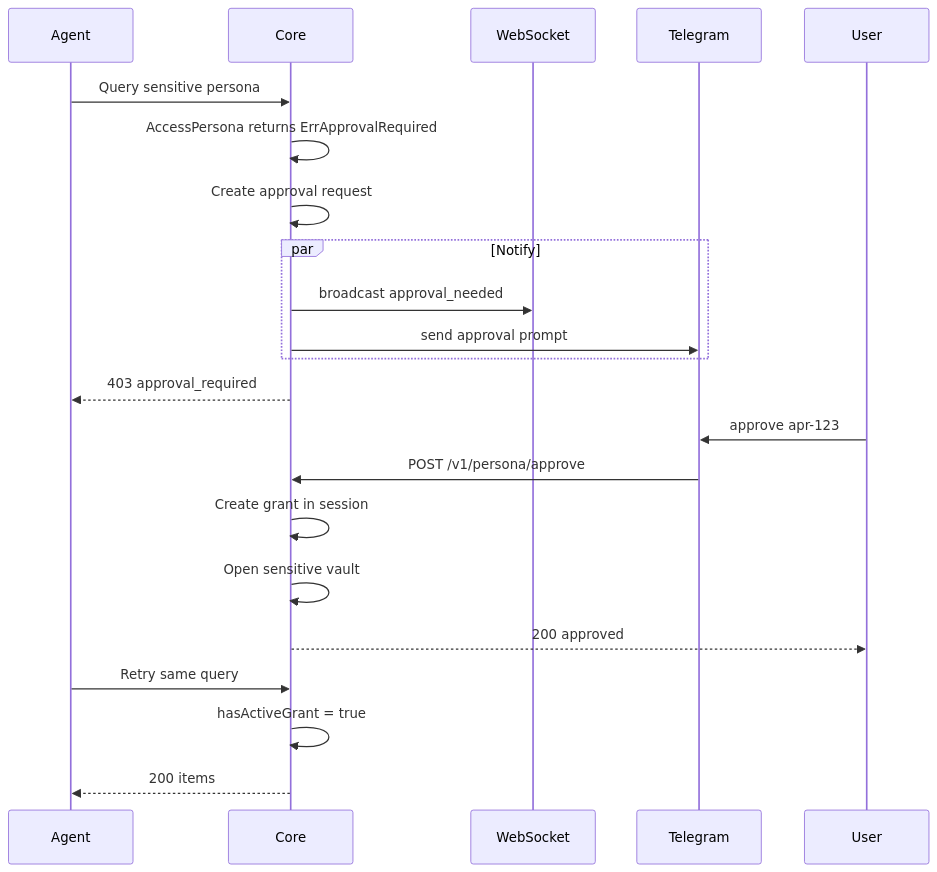
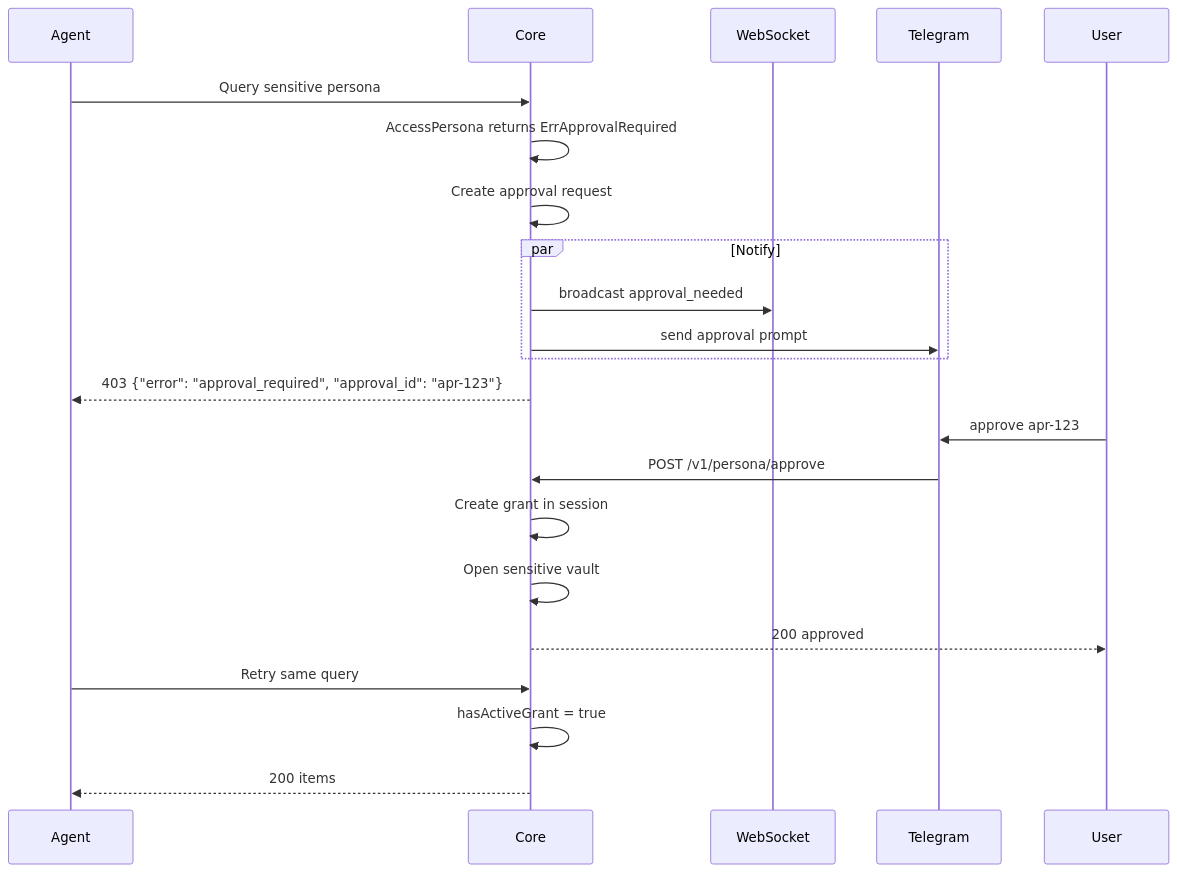
The fourth of 14 diagrams in docs/FLOW_DIAGRAMS.md (rajmohanutopai/dina), drawn with Mermaid before and after one commit. The commit also changed other lines of this file and 8 other files, not shown here.

````diff
--- a/docs/FLOW_DIAGRAMS.md
+++ b/docs/FLOW_DIAGRAMS.md
@@ -131,30 +131,30 @@
 ```mermaid
 sequenceDiagram
     participant AG as Agent
     participant CORE as Core
     participant WS as WebSocket
     participant TG as Telegram
     participant USER as User
 
     AG->>CORE: Query sensitive persona
     CORE->>CORE: AccessPersona returns ErrApprovalRequired
     CORE->>CORE: Create approval request
 
     par Notify
         CORE->>WS: broadcast approval_needed
         CORE->>TG: send approval prompt
     end
 
-    CORE-->>AG: 403 approval_required
+    CORE-->>AG: 403 {"error": "approval_required", "approval_id": "apr-123"}
 
     USER->>TG: approve apr-123
     TG->>CORE: POST /v1/persona/approve
 
     CORE->>CORE: Create grant in session
     CORE->>CORE: Open sensitive vault
     CORE-->>USER: 200 approved
 
     AG->>CORE: Retry same query
     CORE->>CORE: hasActiveGrant = true
     CORE-->>AG: 200 items
 ```
````
